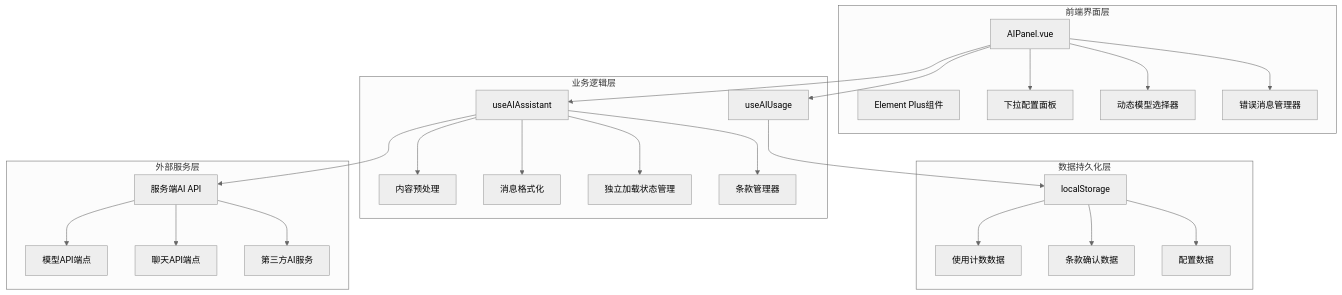
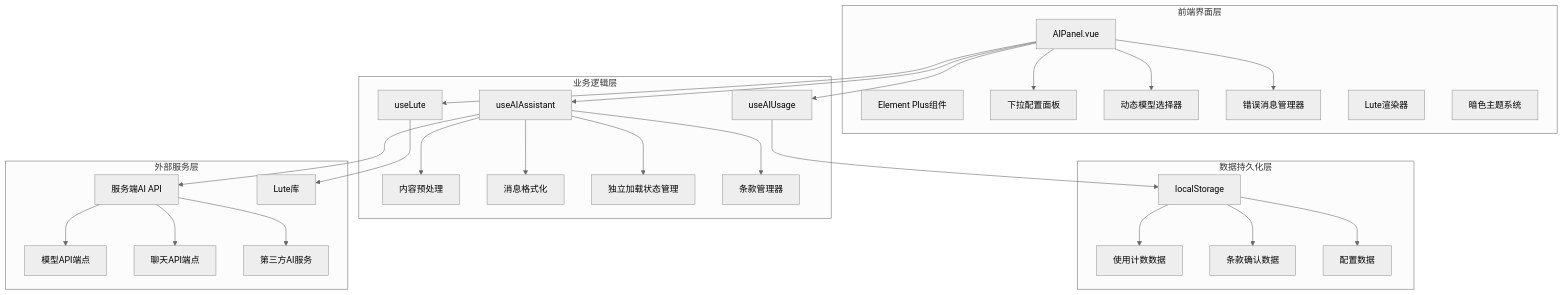
One commit to terwer/siyuan-plugin-blog changed the sixth of 27 diagrams in .qoder/repowiki/zh/content/核心功能/AI助手系统.md. Above: the diagram before and after it, drawn with Mermaid (neutral theme). The commit also changed other lines of this file and 6 other files, not shown here.

Commit message:
feat(ai-assistant): add Lute Markdown & dark theme

````diff
--- a/.qoder/repowiki/zh/content/核心功能/AI助手系统.md
+++ b/.qoder/repowiki/zh/content/核心功能/AI助手系统.md
@@ -217,47 +263,53 @@
 ```mermaid
 graph TB
 subgraph "前端界面层"
 AIPanel[AIPanel.vue]
 UIComponents[Element Plus组件]
 ConfigPanel[下拉配置面板]
 ModelSelector[动态模型选择器]
 ErrorManager[错误消息管理器]
+LuteRenderer[Lute渲染器]
+DarkTheme[暗色主题系统]
 end
 subgraph "业务逻辑层"
 useAIAssistant[useAIAssistant]
 useAIUsage[useAIUsage]
+useLute[useLute]
 preprocess[内容预处理]
 format[消息格式化]
 independentLoading[独立加载状态管理]
 termsManager[条款管理器]
 end
 subgraph "数据持久化层"
 localStorage[localStorage]
 usageData[使用计数数据]
 termsData[条款确认数据]
 configData[配置数据]
 end
 subgraph "外部服务层"
 serverAPI[服务端AI API]
 modelAPI[模型API端点]
 chatAPI[聊天API端点]
 thirdParty[第三方AI服务]
+LuteLib[Lute库]
 end
 AIPanel --> useAIAssistant
 AIPanel --> useAIUsage
+AIPanel --> useLute
 AIPanel --> ConfigPanel
 AIPanel --> ModelSelector
 AIPanel --> ErrorManager
 useAIAssistant --> preprocess
 useAIAssistant --> format
 useAIAssistant --> independentLoading
 useAIAssistant --> termsManager
 useAIAssistant --> serverAPI
+useLute --> LuteLib
 useAIUsage --> localStorage
 localStorage --> usageData
 localStorage --> termsData
 localStorage --> configData
 serverAPI --> modelAPI
 serverAPI --> chatAPI
 serverAPI --> thirdParty
 ```
````
